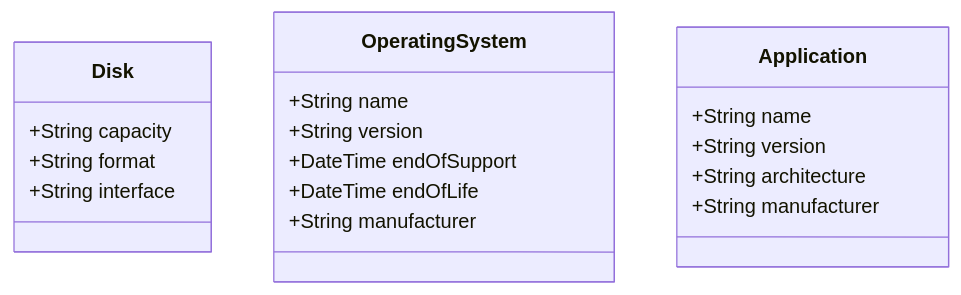
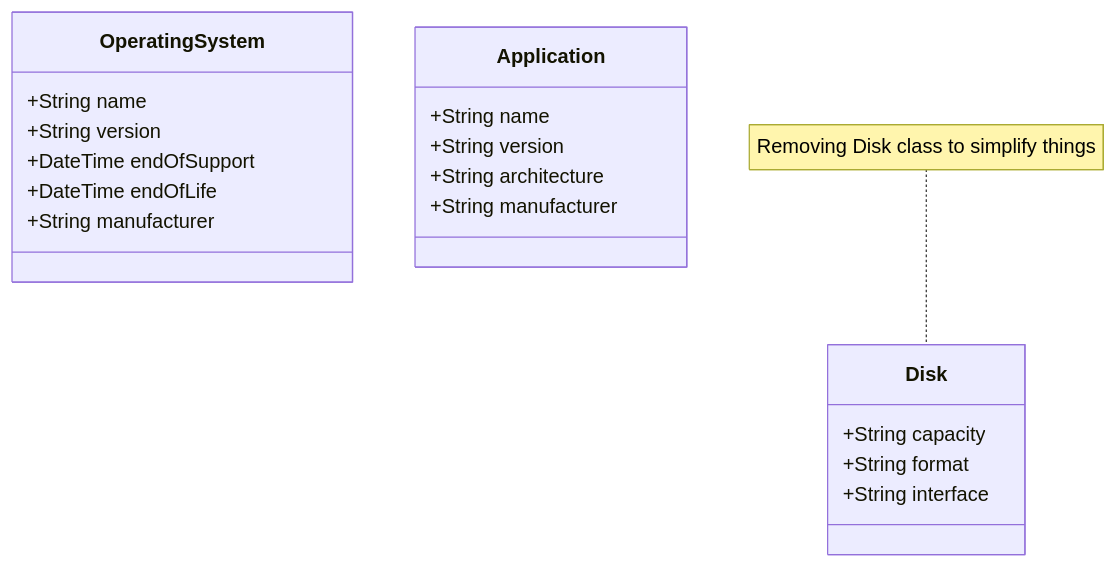
The second of 2 diagrams in README.md (clsmith70/tech-assayer), drawn with Mermaid before and after one commit. The commit also changed other lines of this file, not shown here.

Commit message:
Update diagrams

````diff
--- a/README.md
+++ b/README.md
@@ -47,23 +60,24 @@
 ```mermaid
     classDiagram
+        note for Disk "Removing Disk class to simplify things"
         class Disk {
             +String capacity
             +String format
             +String interface
         }
 
         class OperatingSystem {
             +String name
             +String version
             +DateTime endOfSupport
             +DateTime endOfLife
             +String manufacturer
         }
 
         class Application {
             +String name
             +String version
             +String architecture
             +String manufacturer
         }
 ```
````
